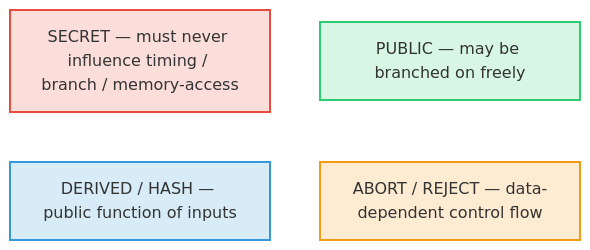
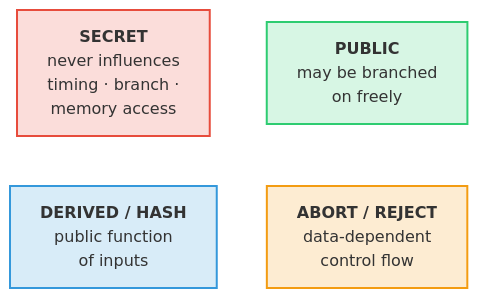
Before and after one commit to pq-cybarg/ml-adsa-site: the first of 22 diagrams in docs/reference/41-visual-methods-and-security.md, drawn with Mermaid. The commit also changed other lines of this file, not shown here.

````diff
--- a/docs/reference/41-visual-methods-and-security.md
+++ b/docs/reference/41-visual-methods-and-security.md
@@ -19,13 +19,13 @@
 ```mermaid
 flowchart LR
-  s["SECRET — must never influence timing / branch / memory-access"]:::secret
-  p["PUBLIC — may be branched on freely"]:::public
-  d["DERIVED / HASH — public function of inputs"]:::derived
-  x["ABORT / REJECT — data-dependent control flow"]:::danger
+  s["<b>SECRET</b><br/>never influences<br/>timing · branch ·<br/>memory access"]:::secret
+  p["<b>PUBLIC</b><br/>may be branched<br/>on freely"]:::public
+  d["<b>DERIVED / HASH</b><br/>public function<br/>of inputs"]:::derived
+  x["<b>ABORT / REJECT</b><br/>data-dependent<br/>control flow"]:::danger
   s ~~~ p
   d ~~~ x
   classDef secret fill:#e74c3c30,stroke:#e74c3c,stroke-width:2px;
   classDef public fill:#2ecc7130,stroke:#2ecc71,stroke-width:2px;
   classDef derived fill:#3498db30,stroke:#3498db,stroke-width:2px;
   classDef danger fill:#f39c1230,stroke:#f39c12,stroke-width:2px;
 ```
````
